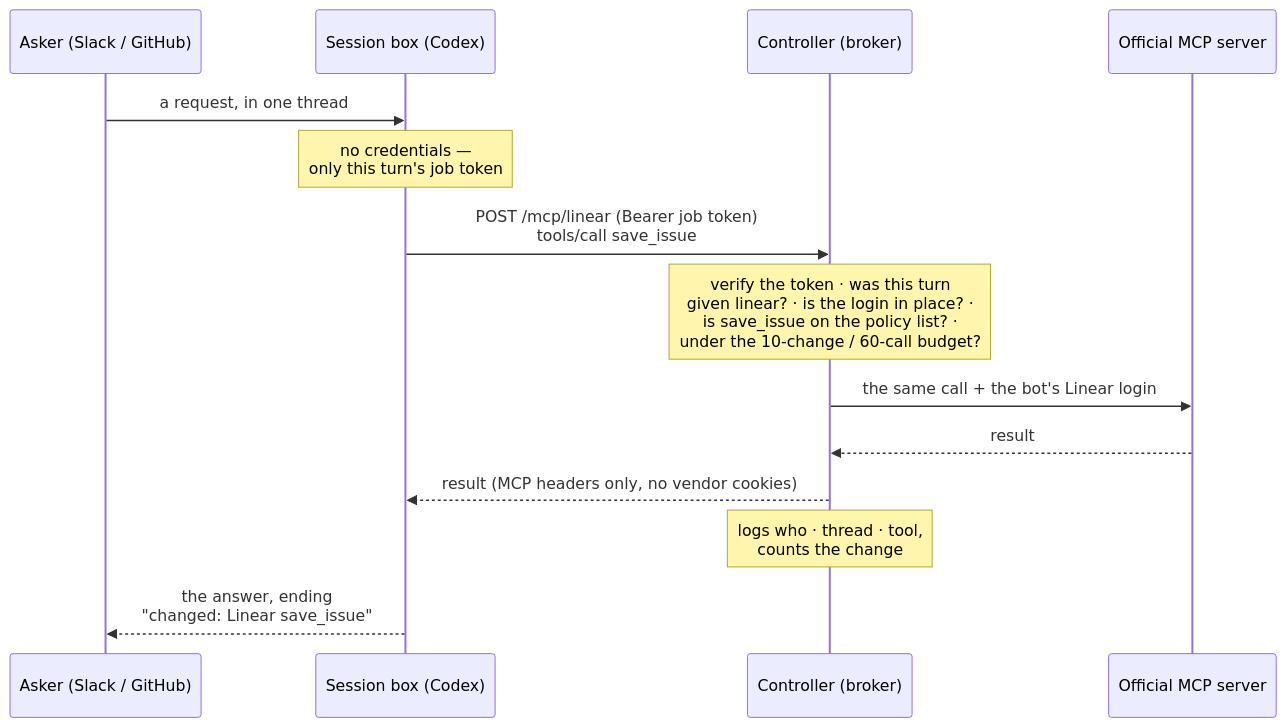
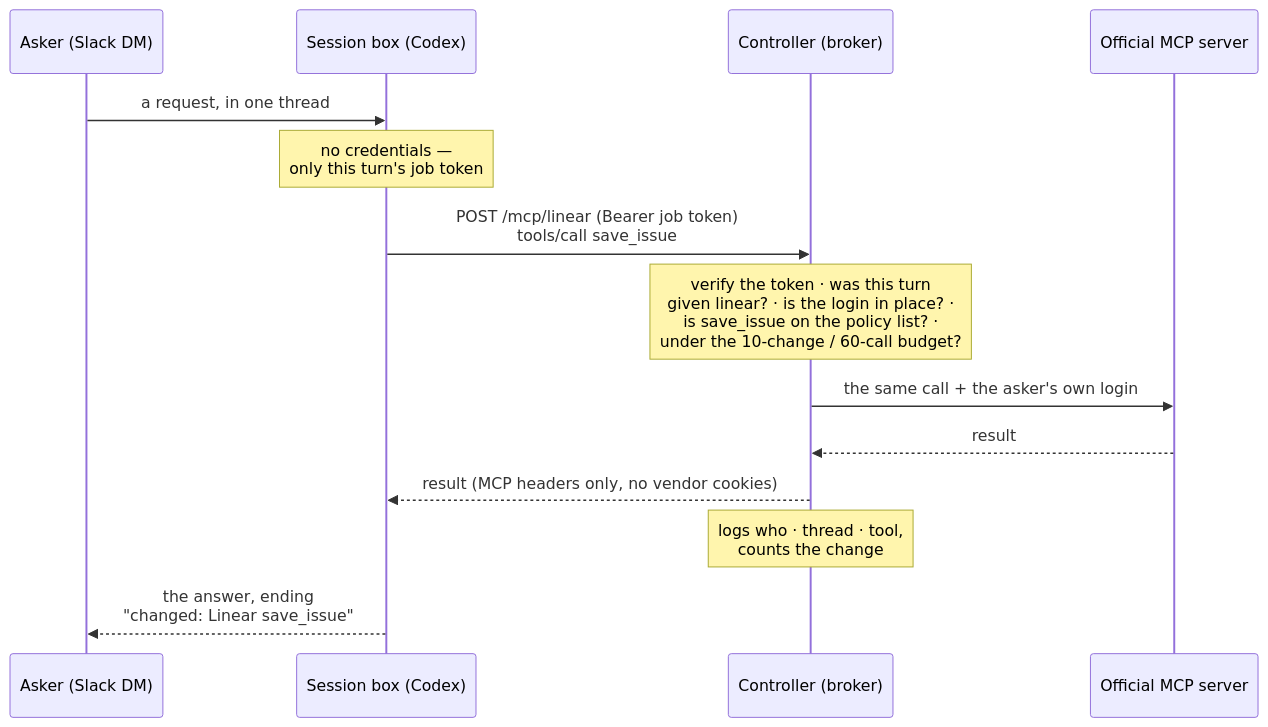
One commit to boxlite-ai/boxlite-github-agent changed the diagram in README.md. Above: the diagram before and after it, drawn with Mermaid. The commit also changed other lines of this file and 13 other files, not shown here.

First line of the commit message:
feat: each Slack person uses their own Linear/Notion/Google token (ctl link) (#37)

````diff
--- a/README.md
+++ b/README.md
@@ -205,16 +208,16 @@
 ```mermaid
 sequenceDiagram
-    participant A as Asker (Slack / GitHub)
+    participant A as Asker (Slack DM)
     participant B as Session box (Codex)
     participant C as Controller (broker)
     participant S as Official MCP server
     A->>B: a request, in one thread
     Note over B: no credentials —<br/>only this turn's job token
     B->>C: POST /mcp/linear (Bearer job token)<br/>tools/call save_issue
     Note over C: verify the token · was this turn<br/>given linear? · is the login in place? ·<br/>is save_issue on the policy list? ·<br/>under the 10-change / 60-call budget?
-    C->>S: the same call + the bot's Linear login
+    C->>S: the same call + the asker's own login
     S-->>C: result
     C-->>B: result (MCP headers only, no vendor cookies)
     Note over C: logs who · thread · tool,<br/>counts the change
     B-->>A: the answer, ending<br/>"changed: Linear save_issue"
 ```
````
